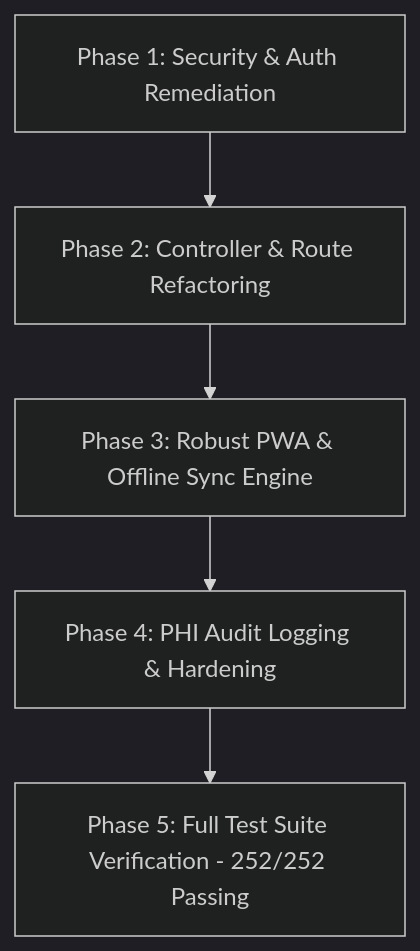
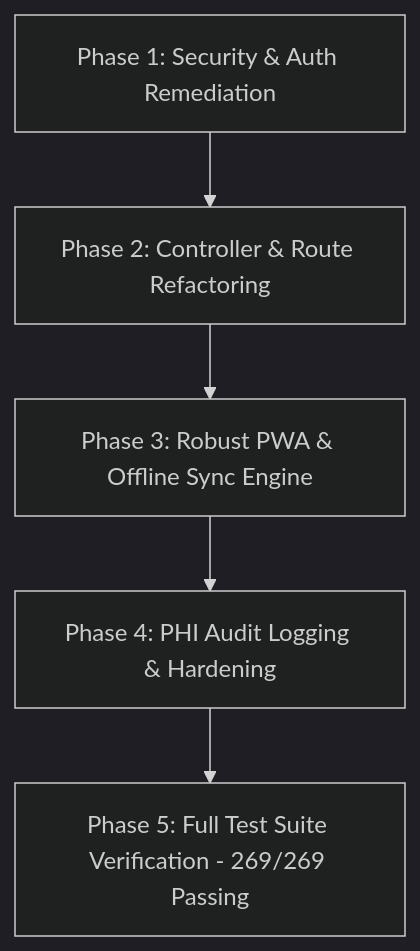
Before and after one commit to HaggithCaray/maternal-healthcare: the diagram in maternal-healthcare/Senior Review - Pros Cons and Roadmap.md, drawn with Mermaid (dark theme). The commit also changed other lines of this file and 15 other files, not shown here.

````diff
--- a/maternal-healthcare/Senior Review - Pros Cons and Roadmap.md
+++ b/maternal-healthcare/Senior Review - Pros Cons and Roadmap.md
@@ -57,7 +57,7 @@
 ```mermaid
 graph TD
     A[Phase 1: Security & Auth Remediation] --> B[Phase 2: Controller & Route Refactoring]
     B --> C[Phase 3: Robust PWA & Offline Sync Engine]
     C --> D[Phase 4: PHI Audit Logging & Hardening]
-    D --> E[Phase 5: Full Test Suite Verification - 252/252 Passing]
+    D --> E[Phase 5: Full Test Suite Verification - 269/269 Passing]
 ```
````
